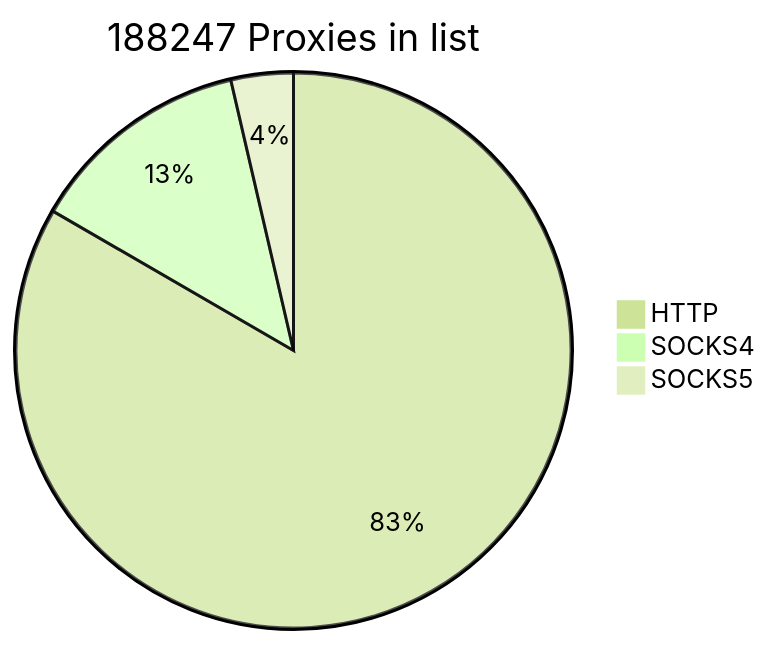
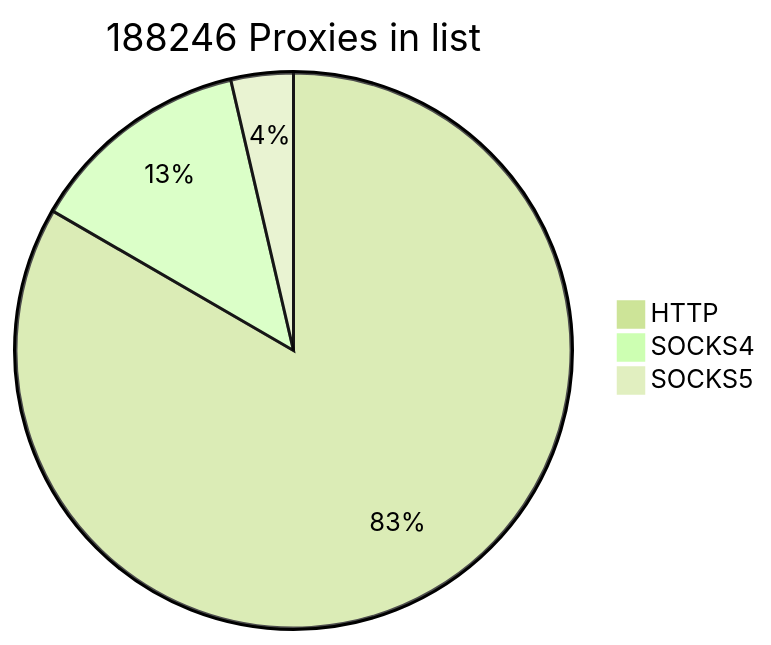
The first of 2 diagrams in README.md (cutipu/proxylist), drawn with Mermaid (forest theme) before and after one commit. The commit also changed other lines of this file, not shown here.

````diff
--- a/README.md
+++ b/README.md
@@ -2,7 +2,7 @@
 ```mermaid
-pie title 188247 Proxies in list
-    "HTTP" : 156915
-    "SOCKS4" : 24506
-    "SOCKS5" : 6826
+pie title 188246 Proxies in list
+    "HTTP" : 156914
+    "SOCKS4" : 24505
+    "SOCKS5" : 6827
             
 ```
````
